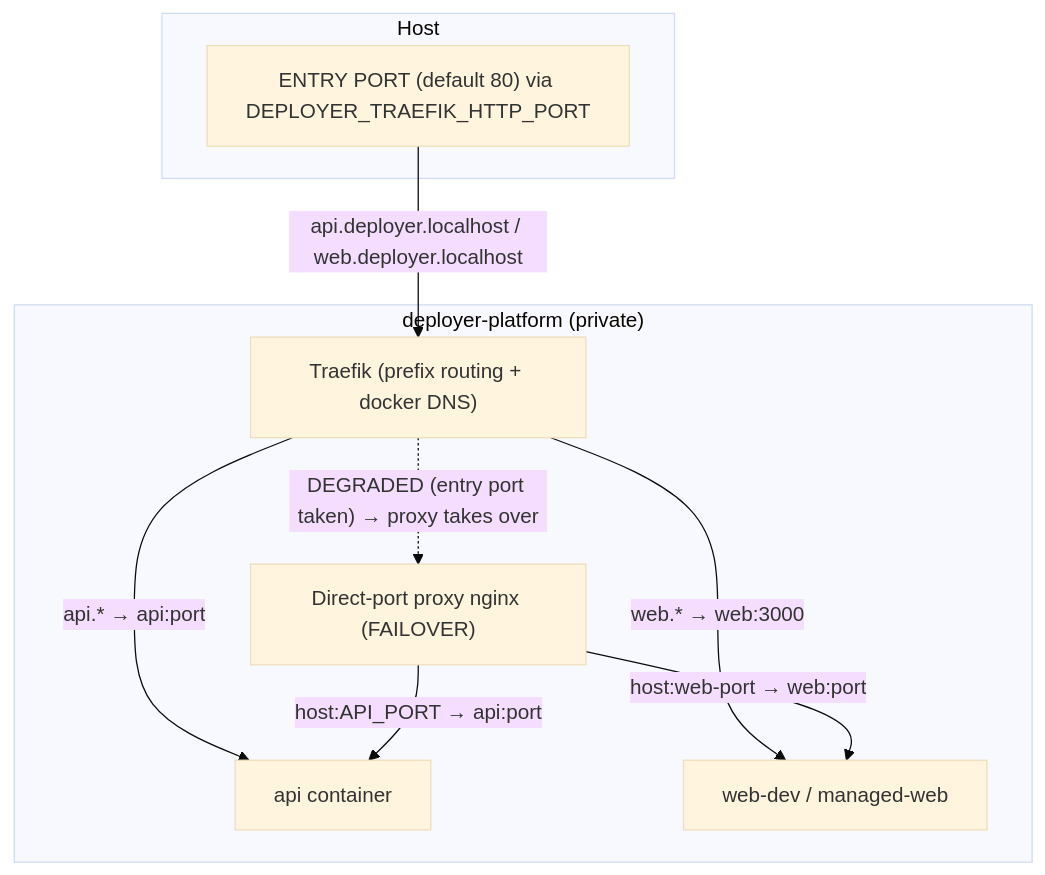
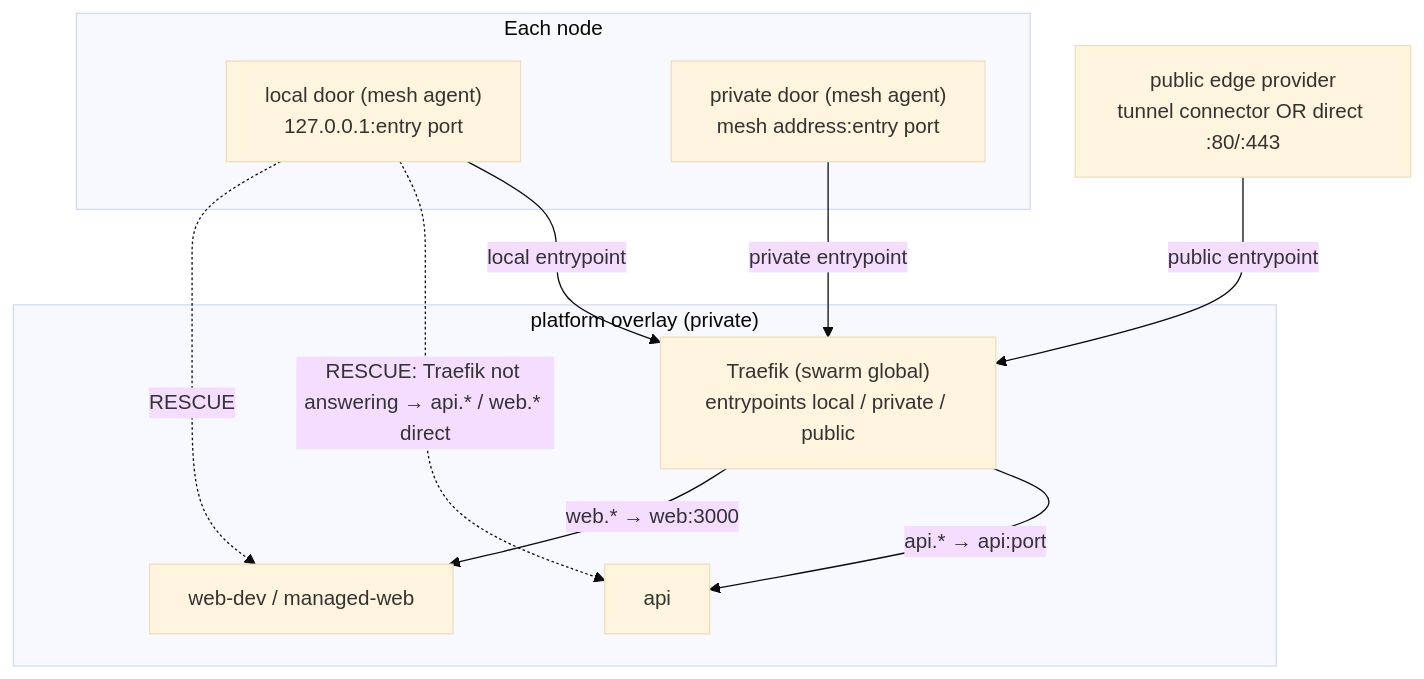
Before and after one commit to N0SAFE/deployer: the third of 10 diagrams in apps/doc/content/docs/deployment/api-centric-deployment-architecture.mdx, drawn with Mermaid (base theme). The commit also changed other lines of this file and 836 other files, not shown here.

Commit message:
refactor: Retire the platform-ingress and edge supervisors, and regroup the dashboard's domain, user and profile routes

````diff
--- a/apps/doc/content/docs/deployment/api-centric-deployment-architecture.mdx
+++ b/apps/doc/content/docs/deployment/api-centric-deployment-architecture.mdx
@@ -304,18 +315,20 @@
 ```mermaid
 flowchart TB
-    subgraph HOST["Host"]
-        EXT["ENTRY PORT (default 80) via DEPLOYER_TRAEFIK_HTTP_PORT"]
+    subgraph NODE["Each node"]
+        LD["local door (mesh agent)<br/>127.0.0.1:entry port"]
+        PD["private door (mesh agent)<br/>mesh address:entry port"]
     end
-    subgraph NET["deployer-platform (private)"]
-        TR["Traefik (prefix routing + docker DNS)"]
-        PR["Direct-port proxy nginx (FAILOVER)"]
-        API["api container"]
+    EDGE["public edge provider<br/>tunnel connector OR direct :80/:443"]
+    subgraph NET["platform overlay (private)"]
+        TR["Traefik (swarm global)<br/>entrypoints local / private / public"]
+        API["api"]
         WEB["web-dev / managed-web"]
     end
-    EXT -->|"api.deployer.localhost / web.deployer.localhost"| TR
+    LD -->|"local entrypoint"| TR
+    PD -->|"private entrypoint"| TR
+    EDGE -->|"public entrypoint"| TR
     TR -->|"api.* → api:port"| API
     TR -->|"web.* → web:3000"| WEB
-    TR -.->|"DEGRADED (entry port taken) → proxy takes over"| PR
-    PR -->|"host:API_PORT → api:port"| API
-    PR -->|"host:web-port → web:port"| WEB
+    LD -.->|"RESCUE: Traefik not answering → api.* / web.* direct"| API
+    LD -.->|"RESCUE"| WEB
 ```
````
